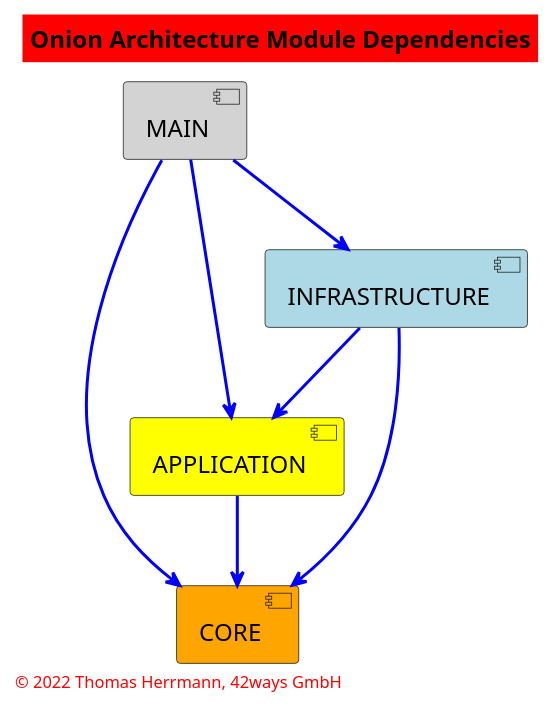
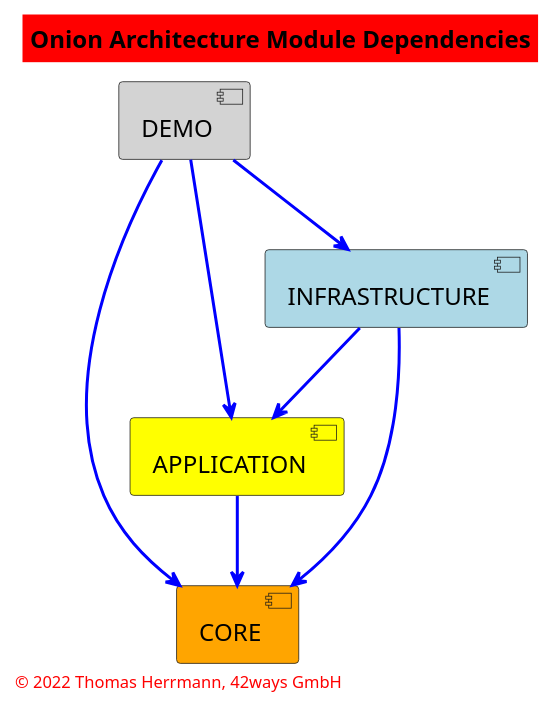
Before and after one commit to 42ways/onion-architecture-blueprint: the diagram in modules.puml, drawn with PlantUML. The commit also changed 4 other files, not shown here.

Commit message:
update module diagrams

```diff
--- a/modules.puml
+++ b/modules.puml
@@ -1,46 +1,39 @@
 @startuml
 
 <style>
 title {
   FontSize 16
   FontColor Black
   BackgroundColor Red
 }
 footer {
   HorizontalAlignment left
   FontSize 11
   FontColor red
 }
 </style>
 
-' skinparam linetype ortho
-' skinparam titleBorderRoundCorner 15
-' skinparam titleBorderThickness 2
-' skinparam titleBorderColor red
-' skinparam titleBackgroundColor Red
-
-
 title Onion Architecture Module Dependencies
 
 component CORE #orange
 
 component APPLICATION #yellow
 
 component INFRASTRUCTURE #lightblue
 
-component MAIN #lightgray
+component DEMO #lightgray
 
-  MAIN -[#blue,bold]-> INFRASTRUCTURE
-  MAIN -[#blue,bold]-> APPLICATION
-  MAIN -[#blue,bold]-> CORE
+  DEMO -[#blue,bold]-> INFRASTRUCTURE
+  DEMO -[#blue,bold]-> APPLICATION
+  DEMO -[#blue,bold]-> CORE
 
   INFRASTRUCTURE -[#blue,bold]-> APPLICATION
   INFRASTRUCTURE -[#blue,bold]-> CORE
 
   APPLICATION -[#blue,bold]-> CORE
 
 footer
 © 2022 Thomas Herrmann, 42ways GmbH
 endfooter
 
 @enduml
```
